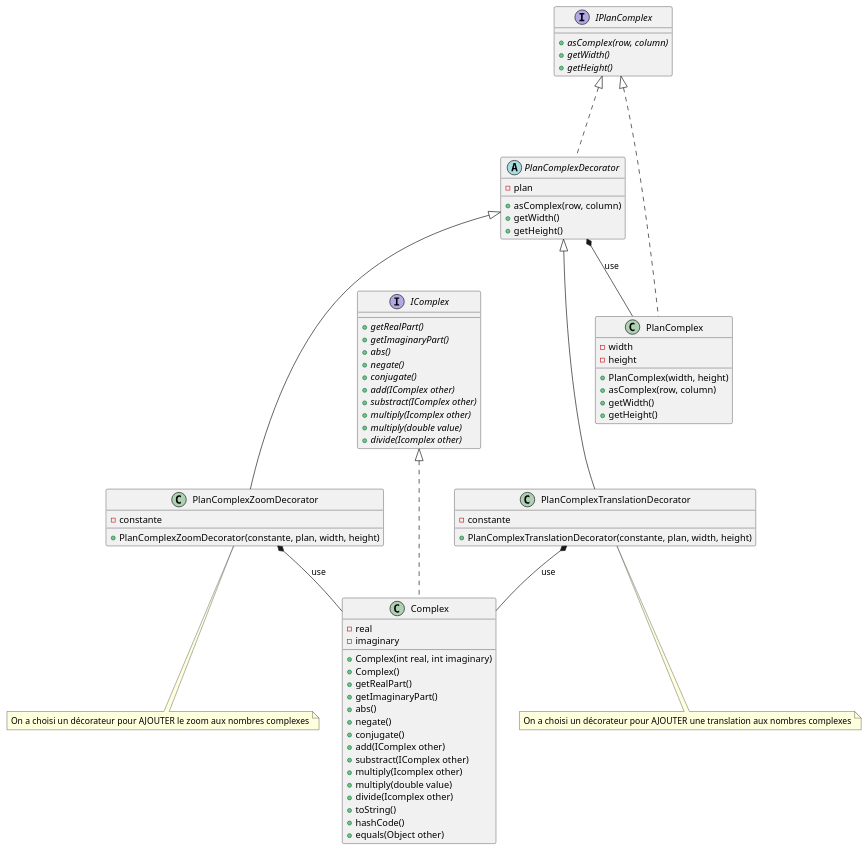
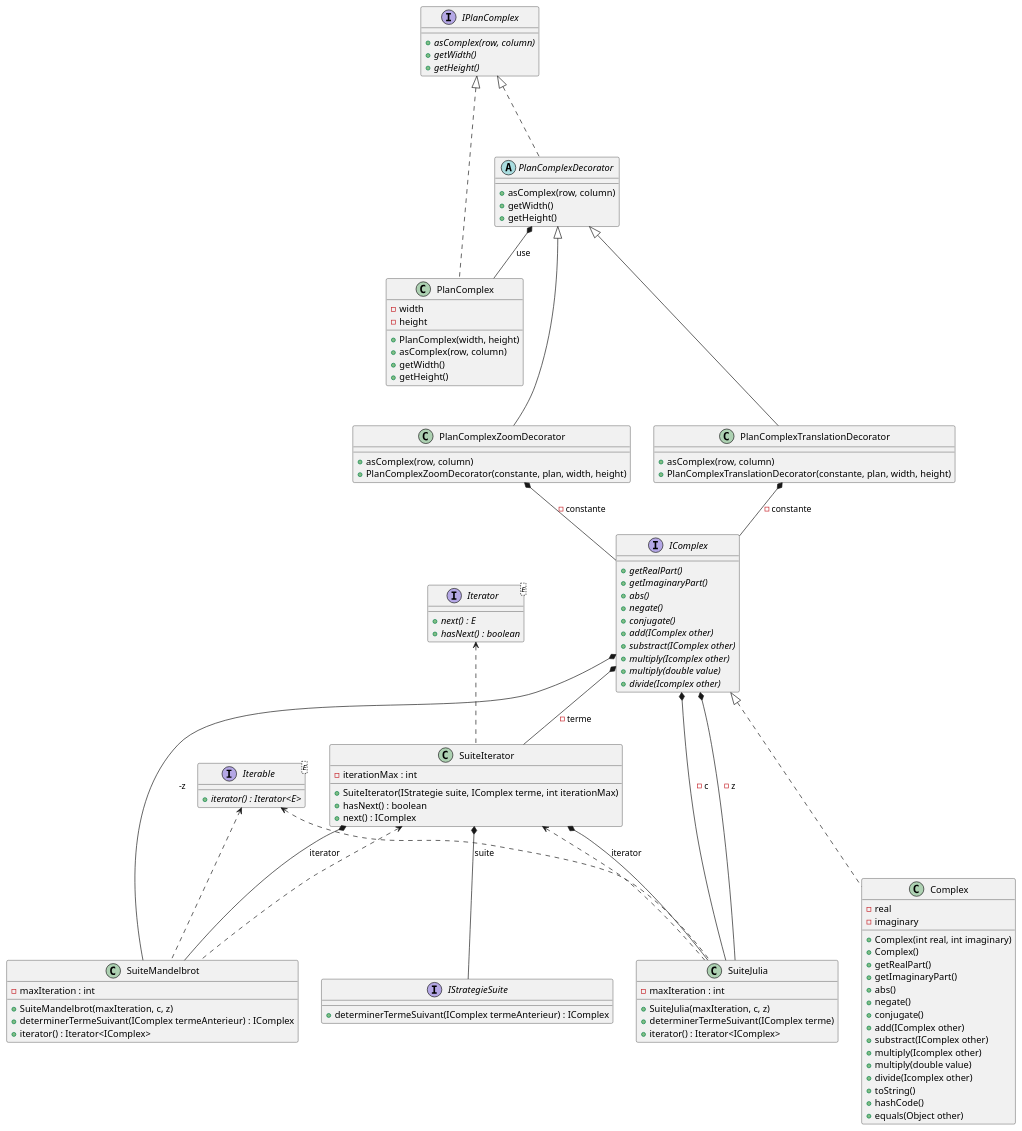
One commit to FACON-Nicolas/fractals-generator changed the diagram in README.md. Above: the diagram before and after it, drawn with PlantUML.

Commit message:
feat/ fusion des diagrammes

````diff
--- a/README.md
+++ b/README.md
@@ -18,12 +18,12 @@
 }
 
 class PlanComplexTranslationDecorator {
- - constante
+ + asComplex(row, column)
  + PlanComplexTranslationDecorator(constante, plan, width, height)
 }
 
 class PlanComplexZoomDecorator {
- - constante
+ + asComplex(row, column)
  + PlanComplexZoomDecorator(constante, plan, width, height)
 }
 
@@ -43,7 +43,6 @@
 }
 
 abstract class PlanComplexDecorator {
- - plan
  + asComplex(row, column)
  + getWidth()
  + getHeight()
@@ -72,18 +71,66 @@
 
 }
 
+
+interface IStrategieSuite {
+ + determinerTermeSuivant(IComplex termeAnterieur) : IComplex
+}
+
+interface Iterator<E> {
+ + {abstract} next() : E
+ + {abstract} hasNext() : boolean
+}
+
+class SuiteIterator {
+ - iterationMax : int
+ + SuiteIterator(IStrategie suite, IComplex terme, int iterationMax)
+ + hasNext() : boolean
+ + next() : IComplex
+}
+
+class SuiteMandelbrot {
+ - maxIteration : int
+ + SuiteMandelbrot(maxIteration, c, z)
+ + determinerTermeSuivant(IComplex termeAnterieur) : IComplex
+ + iterator() : Iterator<IComplex>
+}
+
+class SuiteJulia {
+ - maxIteration : int
+ + SuiteJulia(maxIteration, c, z)
+ + determinerTermeSuivant(IComplex terme)
+ + iterator() : Iterator<IComplex>
+}
+
+
+interface Iterable<E> {
+ + {abstract} iterator() : Iterator<E>
+}
+
+SuiteIterator *-- IStrategieSuite : suite
+Iterator <--[dashed] SuiteIterator
+
+SuiteIterator <--[dashed] SuiteMandelbrot
+Iterable <--[dashed] SuiteMandelbrot
+
+SuiteIterator <--[dashed] SuiteJulia
+Iterable <--[dashed] SuiteJulia
+
+SuiteIterator *-- SuiteJulia : iterator
+SuiteIterator *-- SuiteMandelbrot : iterator
+IComplex *-- SuiteIterator: - terme
+IComplex *-- SuiteJulia : - c
+IComplex *-- SuiteJulia : - z
+IComplex *-- SuiteMandelbrot : -z
+
 IComplex <|---[dashed]Complex
 IPlanComplex<|---[dashed]PlanComplexDecorator
 PlanComplexDecorator<|---PlanComplexTranslationDecorator
 PlanComplexDecorator<|---PlanComplexZoomDecorator
 IPlanComplex<|----[dashed]PlanComplex
 PlanComplexDecorator *-- PlanComplex : use
-PlanComplexZoomDecorator *-- Complex : use
-PlanComplexTranslationDecorator *-- Complex : use
+PlanComplexZoomDecorator *-- IComplex : - constante
+PlanComplexTranslationDecorator *-- IComplex : - constante
 
-note "On a choisi un décorateur pour AJOUTER une translation aux nombres complexes" as N1
-note "On a choisi un décorateur pour AJOUTER le zoom aux nombres complexes" as N2
-PlanComplexTranslationDecorator .. N1
-PlanComplexZoomDecorator .. N2
 @enduml
 ```
````
